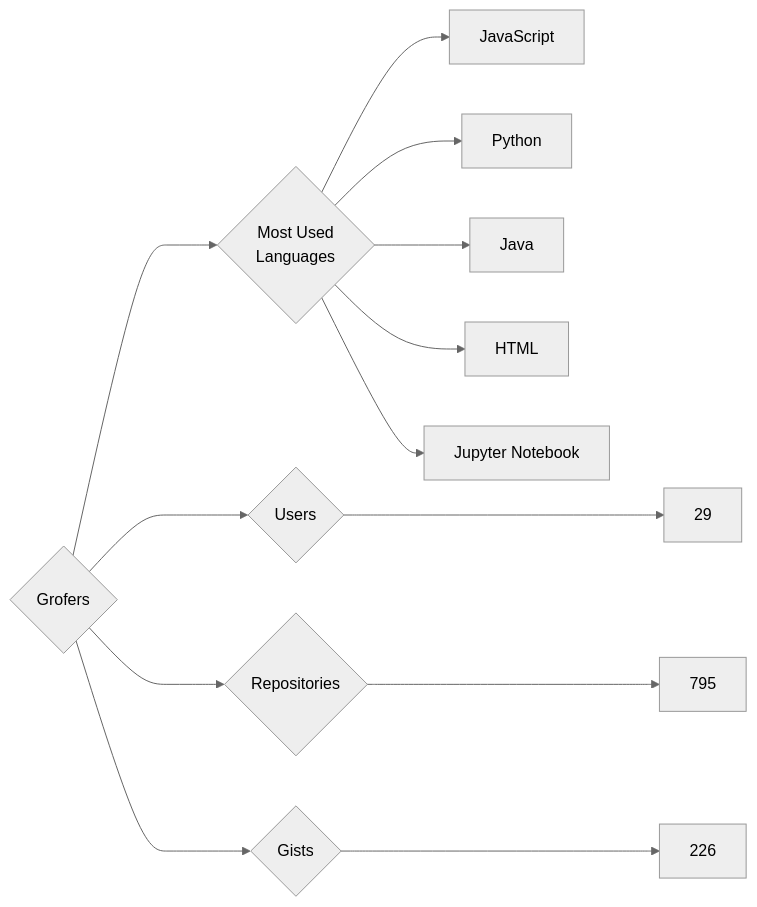
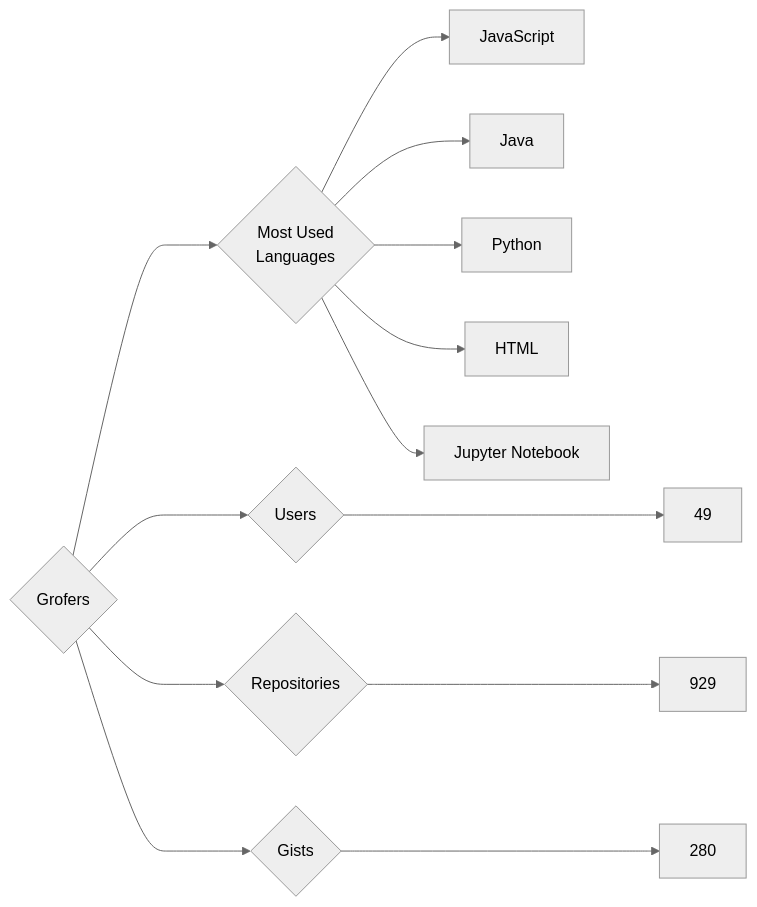
The diagram in targets/Grofers/README.md (trickest/insiders), drawn with Mermaid (neutral theme) before and after one commit. The commit also changed 823 other files, not shown here.

````diff
--- a/targets/Grofers/README.md
+++ b/targets/Grofers/README.md
@@ -3,13 +3,13 @@
 ```mermaid
 graph LR
 COMPANY_NAME{Grofers}
-COMPANY_NAME ---> U{Users} ---> UN[29]
-COMPANY_NAME ---> R{Repositories} ---> RN[795]
-COMPANY_NAME ---> G{Gists} ---> GN[226]
+COMPANY_NAME ---> U{Users} ---> UN[49]
+COMPANY_NAME ---> R{Repositories} ---> RN[929]
+COMPANY_NAME ---> G{Gists} ---> GN[280]
 COMPANY_NAME ---> ML{Most Used<br>Languages}
 ML --> JavaScript[JavaScript]
+ML --> Java[Java]
 ML --> Python[Python]
-ML --> Java[Java]
 ML --> HTML[HTML]
 ML --> Jupyter_Notebook[Jupyter Notebook]
 ```
````
